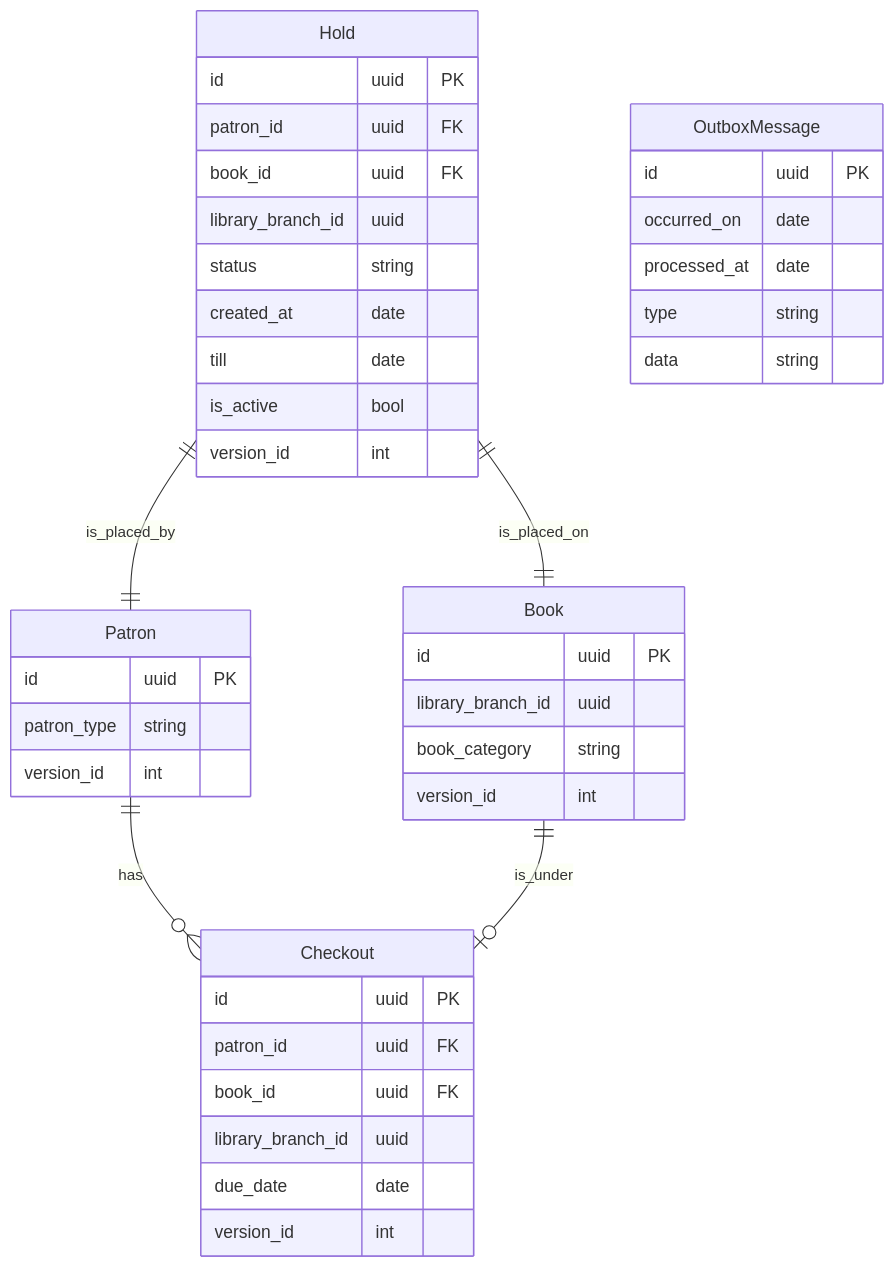
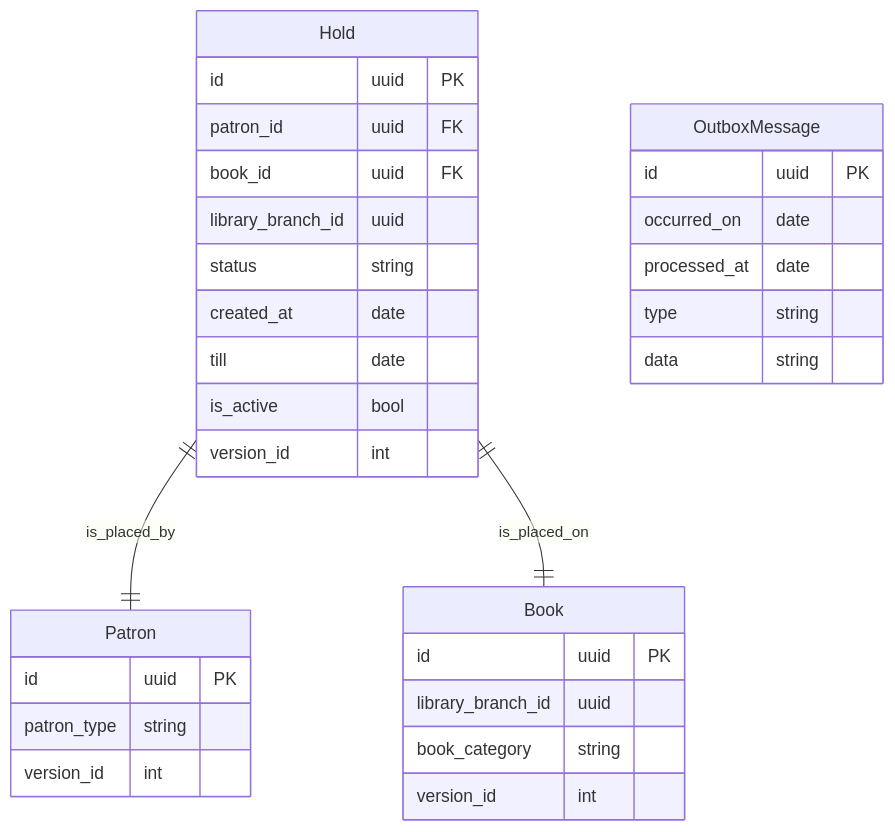
The diagram in Database/Library.Database.Migrator.Psql/Schemas/reservations.mermaid (lukaszdobrzynski/Library), drawn with Mermaid before and after one commit. The commit also changed 1 other file, not shown here.

Commit message:
update postgres schema diagram

```diff
--- a/Database/Library.Database.Migrator.Psql/Schemas/reservations.mermaid
+++ b/Database/Library.Database.Migrator.Psql/Schemas/reservations.mermaid
@@ -1,48 +1,37 @@
 erDiagram
         
     Patron {
         id uuid PK
         patron_type string
         version_id int
     }
     
     Book {
         id uuid PK
         library_branch_id uuid
         book_category string
         version_id int
     }
     
     Hold {
         id uuid PK
         patron_id uuid FK
         book_id uuid FK
         library_branch_id uuid
         status string
         created_at date
         till date
         is_active bool
         version_id int
     }
     
-    Checkout {
-        id uuid PK
-        patron_id uuid FK
-        book_id uuid FK
-        library_branch_id uuid
-        due_date date
-        version_id int
-    }
-    
     OutboxMessage {
         id uuid PK
         occurred_on date
         processed_at date
         type string
         data string
     }
     
     Hold || -- || Patron: is_placed_by
     Hold || -- || Book: is_placed_on
-    Patron || -- o{ Checkout: has
-    Book || -- o| Checkout: is_under   
```
